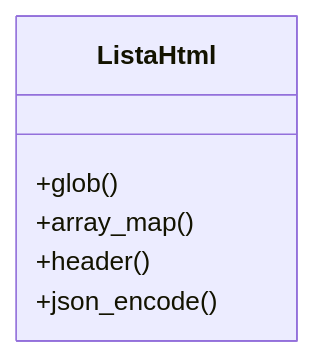
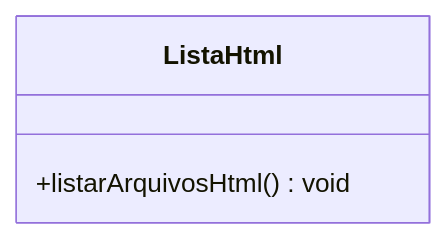
The second of 3 diagrams in documentacao/documentacao_bruta_lista_html.php.md (Dotter-Brasil/modelo-ci-cd-versionamento), drawn with Mermaid before and after one commit. The commit also changed other lines of this file and 11 other files, not shown here.

````diff
--- a/documentacao/documentacao_bruta_lista_html.php.md
+++ b/documentacao/documentacao_bruta_lista_html.php.md
@@ -66,9 +63,6 @@
 ```mermaid
 classDiagram
     class ListaHtml {
-        +glob()
-        +array_map()
-        +header()
-        +json_encode()
+        +listarArquivosHtml() void
     }
 ```
````
